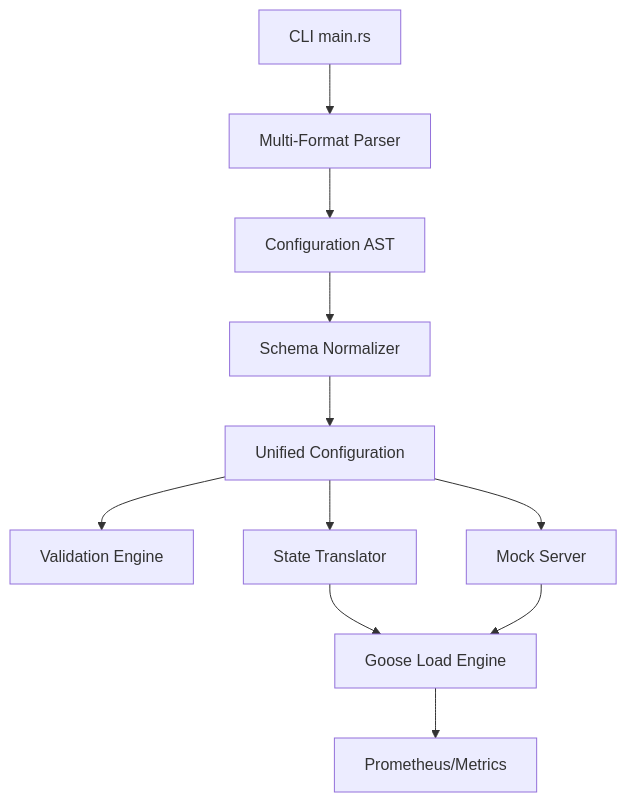
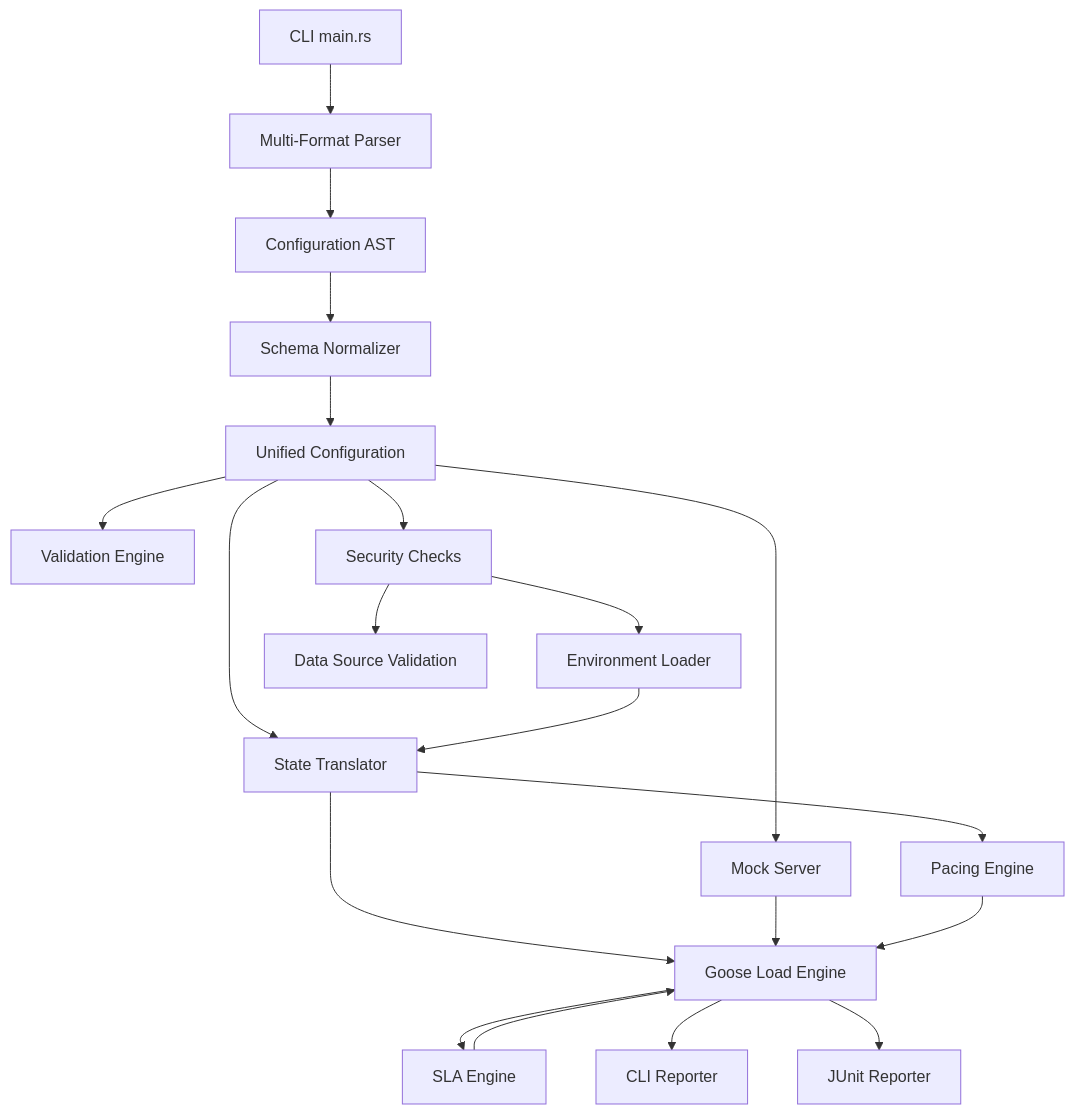
Before and after one commit to py-centric/bzt-rs: the diagram in docs/architecture.md, drawn with Mermaid. The commit also changed other lines of this file and 45 other files, not shown here.

First line of the commit message:
docs: add specifications, documentation, and tool configuration for architectural remediation

````diff
--- a/docs/architecture.md
+++ b/docs/architecture.md
@@ -3,15 +3,27 @@
 ```mermaid
 graph TD
     CLI[CLI main.rs] --> Parser[Multi-Format Parser]
     Parser --> AST[Configuration AST]
     AST --> Normalizer[Schema Normalizer]
     Normalizer --> UnifiedAST[Unified Configuration]
     
     UnifiedAST --> Validation[Validation Engine]
+    UnifiedAST --> Security[Security Checks]
     UnifiedAST --> Mock[Mock Server]
     UnifiedAST --> Translator[State Translator]
     
+    Security --> Env[Environment Loader]
+    Security --> DataSource[Data Source Validation]
+    
+    Translator --> Pacing[Pacing Engine]
     Translator --> Goose[Goose Load Engine]
-    Goose --> Metrics[Prometheus/Metrics]
+    
+    Goose --> SLA[SLA Engine]
+    Goose --> Reporter[CLI Reporter]
+    Goose --> JUnit[JUnit Reporter]
+    
     Mock --> Goose
+    Env --> Translator
+    Pacing --> Goose
+    SLA --> Goose
 ```
````
